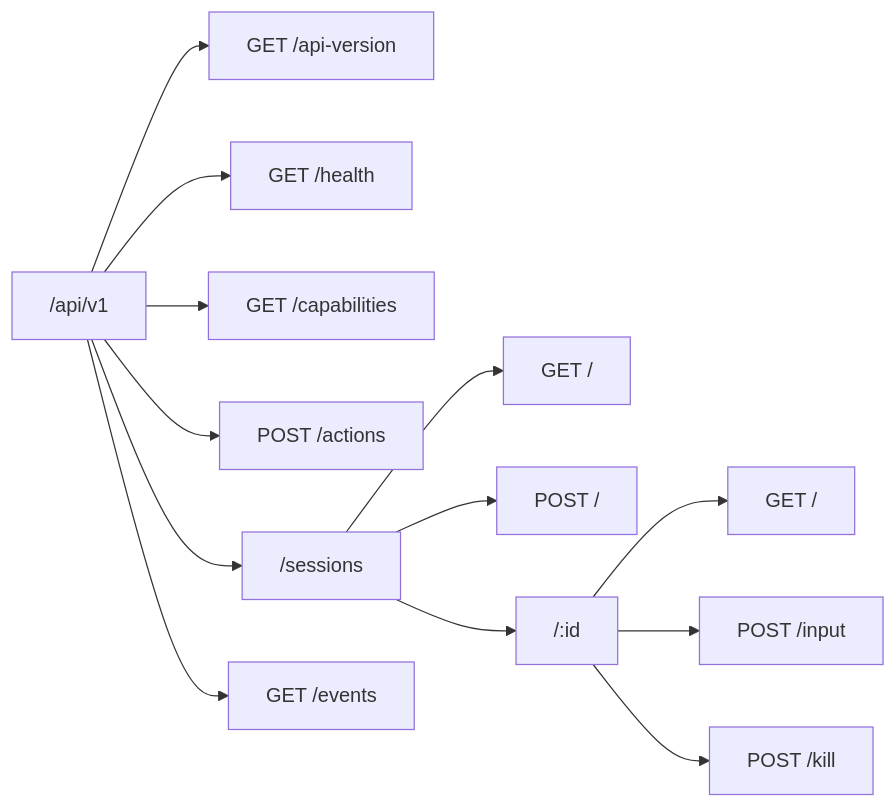
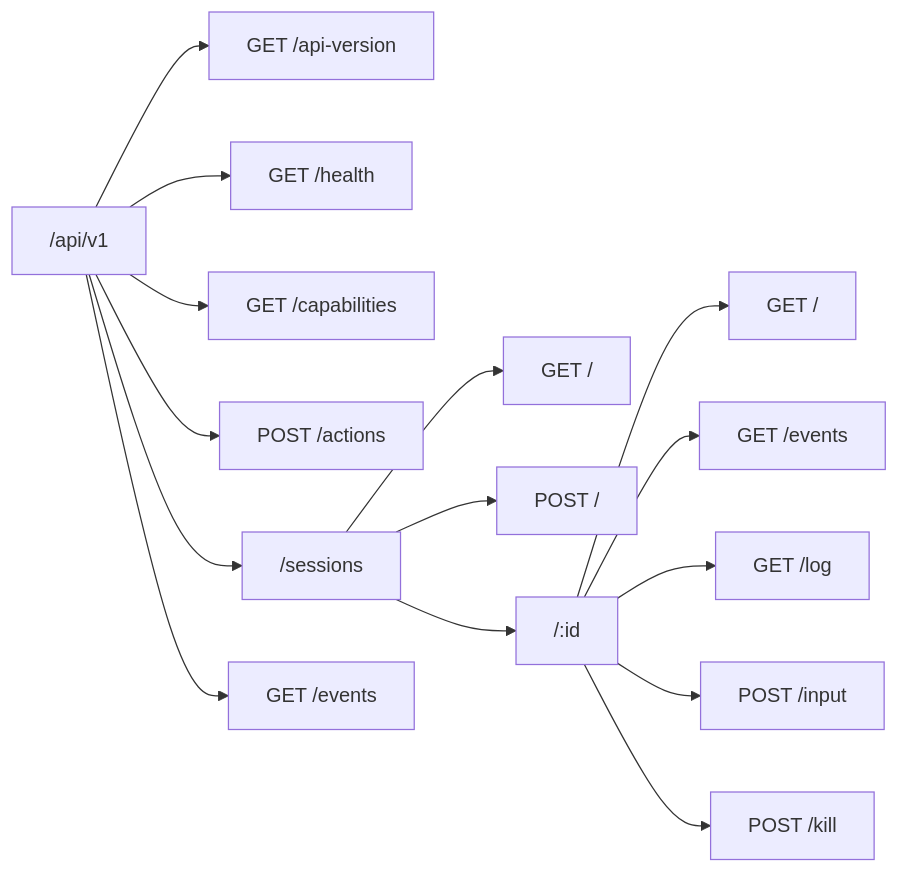
Before and after one commit to OpenCoven/coven: the diagram in docs/reference/api.md, drawn with Mermaid. The commit also changed other lines of this file and 17 other files, not shown here.

````diff
--- a/docs/reference/api.md
+++ b/docs/reference/api.md
@@ -13,16 +13,18 @@
 ```mermaid
 flowchart LR
   Root["/api/v1"] --> Version["GET /api-version"]
   Root --> Health["GET /health"]
   Root --> Capabilities["GET /capabilities"]
   Root --> Actions["POST /actions"]
   Root --> Sessions["/sessions"]
   Root --> Events["GET /events"]
 
   Sessions --> SList["GET /"]
   Sessions --> SCreate["POST /"]
   Sessions --> SById["/:id"]
   SById --> SGet["GET /"]
+  SById --> SEvents["GET /events"]
+  SById --> SLog["GET /log"]
   SById --> SInput["POST /input"]
   SById --> SKill["POST /kill"]
 ```
````
